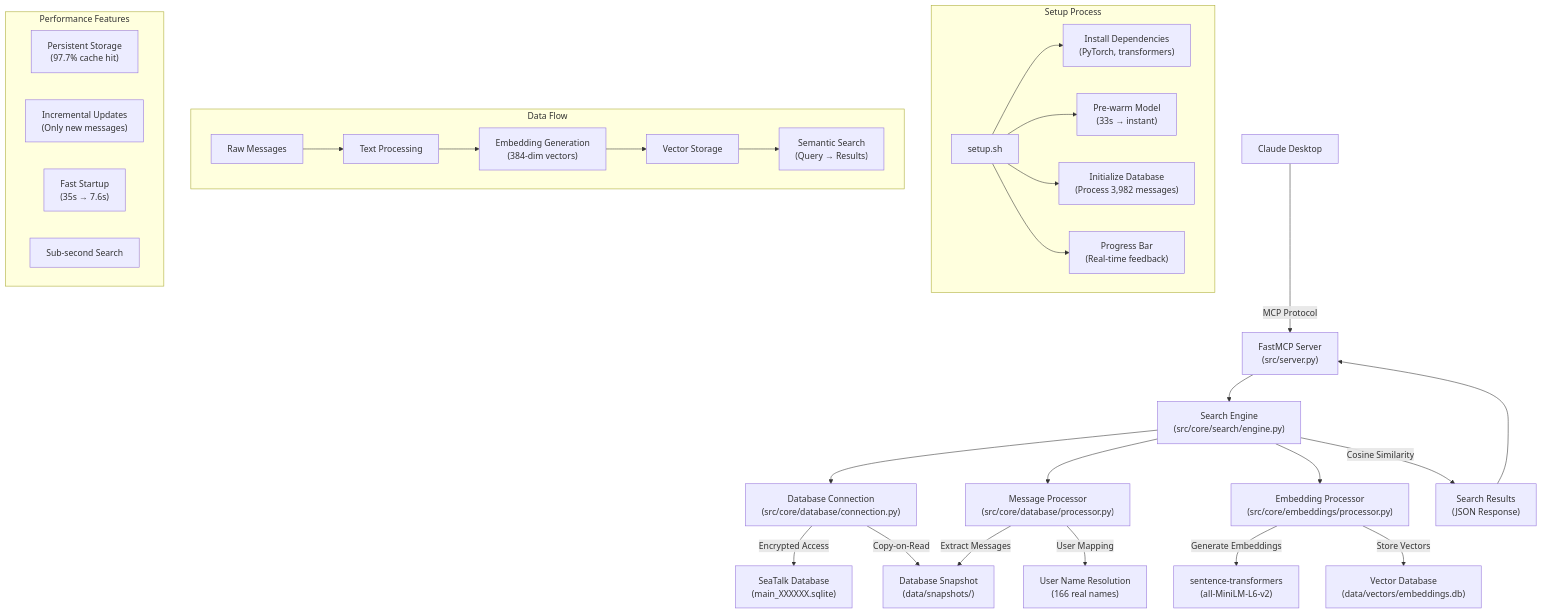
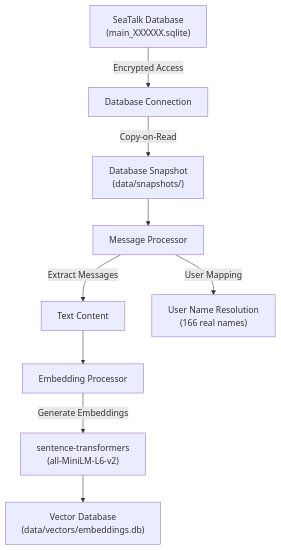
Before and after one commit to agentcluck77/msg-vector-search: the second of 4 diagrams in README.md, drawn with Mermaid. The commit also changed other lines of this file, not shown here.

Commit message:
docs: Split architecture diagram into 4 focused sections for better readability

````diff
--- a/README.md
+++ b/README.md
@@ -148,43 +165,13 @@
 ```mermaid
 graph TD
-    A["Claude Desktop"] -->|MCP Protocol| B["FastMCP Server<br/>(src/server.py)"]
+    A["SeaTalk Database<br/>(main_XXXXXX.sqlite)"] -->|Encrypted Access| B["Database Connection"]
+    B -->|Copy-on-Read| C["Database Snapshot<br/>(data/snapshots/)"]
     
-    B --> C["Search Engine<br/>(src/core/search/engine.py)"]
+    C --> D["Message Processor"]
+    D -->|Extract Messages| E["Text Content"]
+    D -->|User Mapping| F["User Name Resolution<br/>(166 real names)"]
     
-    C --> D["Database Connection<br/>(src/core/database/connection.py)"]
-    C --> E["Message Processor<br/>(src/core/database/processor.py)"]
-    C --> F["Embedding Processor<br/>(src/core/embeddings/processor.py)"]
-    
-    D -->|Encrypted Access| G["SeaTalk Database<br/>(main_XXXXXX.sqlite)"]
-    D -->|Copy-on-Read| H["Database Snapshot<br/>(data/snapshots/)"]
-    
-    E -->|Extract Messages| H
-    E -->|User Mapping| I["User Name Resolution<br/>(166 real names)"]
-    
-    F -->|Generate Embeddings| J["sentence-transformers<br/>(all-MiniLM-L6-v2)"]
-    F -->|Store Vectors| K["Vector Database<br/>(data/vectors/embeddings.db)"]
-    
-    C -->|Cosine Similarity| L["Search Results<br/>(JSON Response)"]
-    L --> B
-    
-    subgraph "Setup Process"
-        M["setup.sh"] --> N["Install Dependencies<br/>(PyTorch, transformers)"]
-        M --> O["Pre-warm Model<br/>(33s → instant)"]
-        M --> P["Initialize Database<br/>(Process 3,982 messages)"]
-        M --> Q["Progress Bar<br/>(Real-time feedback)"]
-    end
-    
-    subgraph "Data Flow"
-        R["Raw Messages"] --> S["Text Processing"]
-        S --> T["Embedding Generation<br/>(384-dim vectors)"]
-        T --> U["Vector Storage"]
-        U --> V["Semantic Search<br/>(Query → Results)"]
-    end
-    
-    subgraph "Performance Features"
-        W["Persistent Storage<br/>(97.7% cache hit)"]
-        X["Incremental Updates<br/>(Only new messages)"]
-        Y["Fast Startup<br/>(35s → 7.6s)"]
-        Z["Sub-second Search"]
-    end
+    E --> G["Embedding Processor"]
+    G -->|Generate Embeddings| H["sentence-transformers<br/>(all-MiniLM-L6-v2)"]
+    H --> I["Vector Database<br/>(data/vectors/embeddings.db)"]
 ```
````
